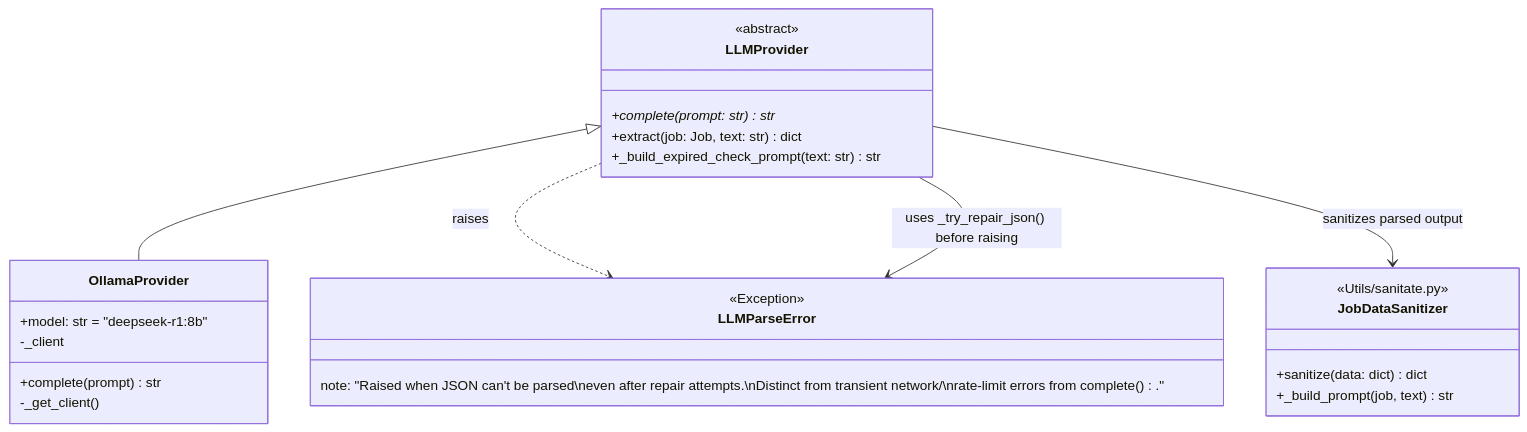
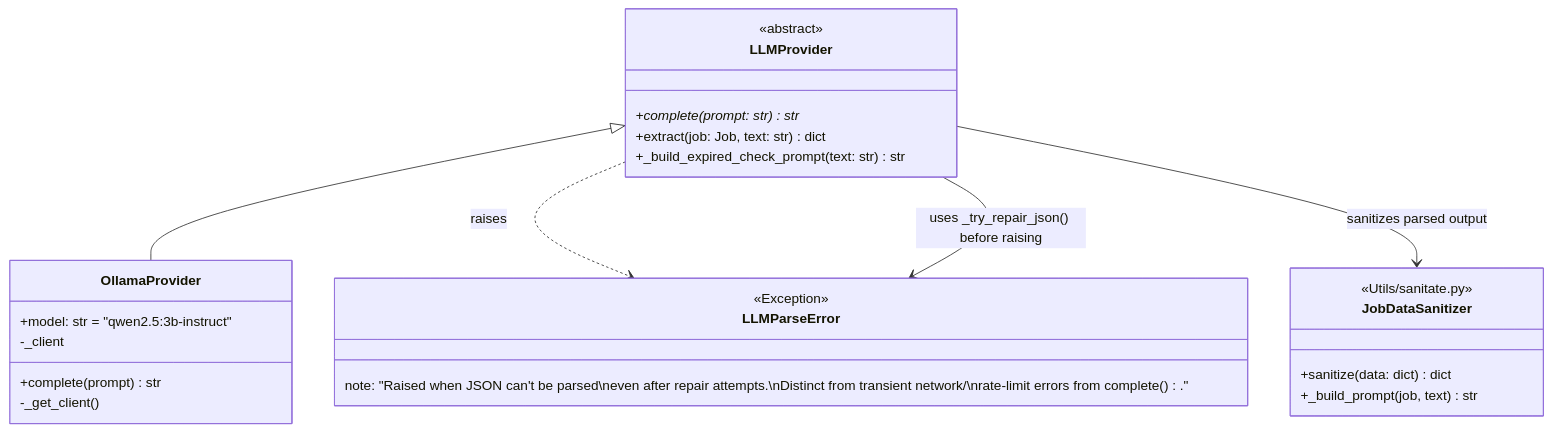
One commit to AustinDwomoh/libra changed the diagram in docs/diagrams/llm_class.md. Above: the diagram before and after it, drawn with Mermaid. The commit also changed 18 other files, not shown here.

````diff
--- a/docs/diagrams/llm_class.md
+++ b/docs/diagrams/llm_class.md
@@ -1,33 +1,33 @@
 ```mermaid
 %% classDiagram — LLMProvider hierarchy, currently Ollama-only
 classDiagram
     class LLMProvider {
         <<abstract>>
         +complete(prompt: str) str*
         +extract(job: Job, text: str) dict
         +_build_expired_check_prompt(text: str) str
     }
 
     class OllamaProvider {
-        +model: str = "deepseek-r1:8b"
+        +model: str = "qwen2.5:3b-instruct"
         -_client
         +complete(prompt) str
         -_get_client()
     }
 
     class LLMParseError {
         <<Exception>>
         note: "Raised when JSON can't be parsed\neven after repair attempts.\nDistinct from transient network/\nrate-limit errors from complete()."
     }
 
     class JobDataSanitizer {
         <<Utils/sanitate.py>>
         +sanitize(data: dict) dict
         +_build_prompt(job, text) str
     }
 
     LLMProvider <|-- OllamaProvider
     LLMProvider ..> LLMParseError : raises
     LLMProvider --> JobDataSanitizer : sanitizes parsed output
     LLMProvider --> LLMParseError : uses _try_repair_json() before raising
 ```
````
